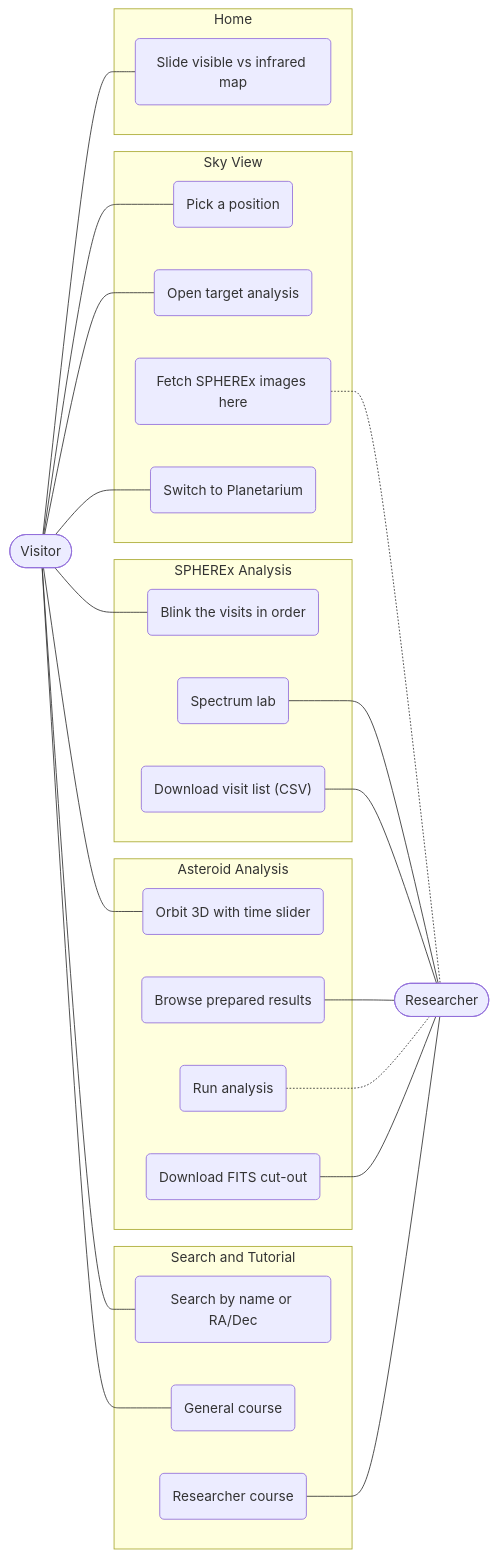
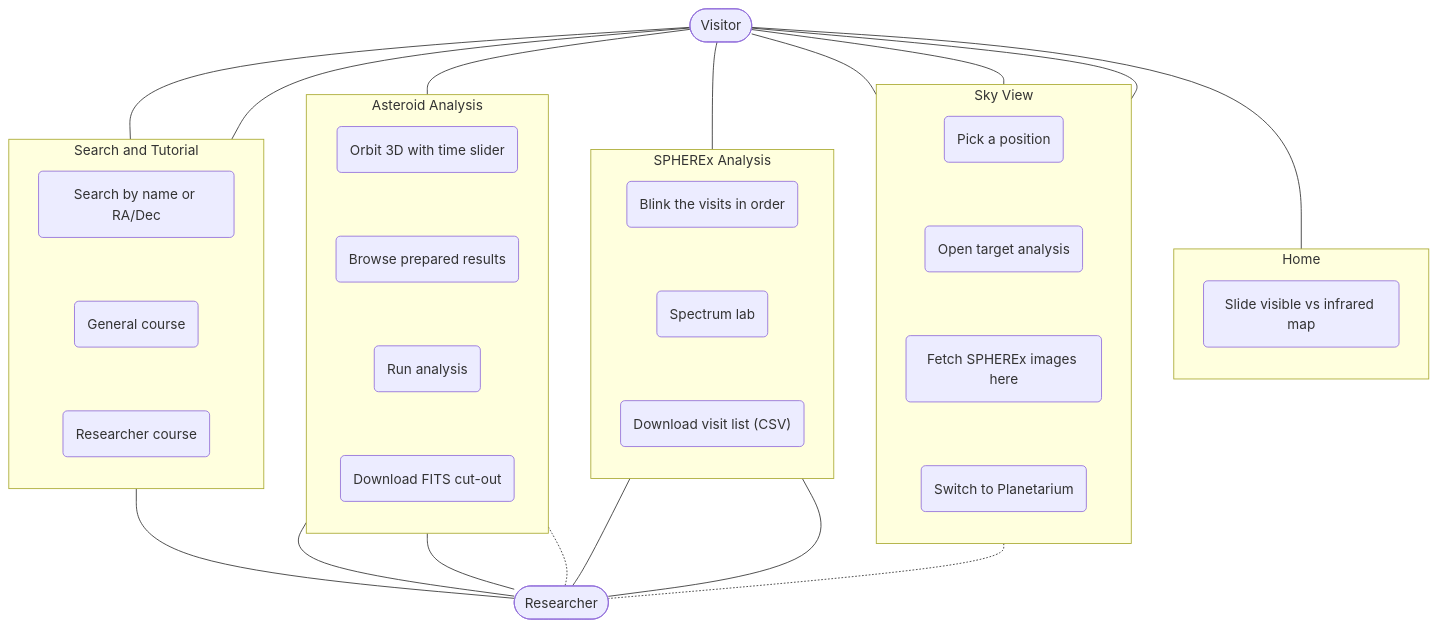
Before and after one commit to sel00000/ApogeeX: the first of 5 diagrams in README.md, drawn with Mermaid. The commit also changed other lines of this file and 2 other files, not shown here.

Commit message:
README: new Orbit 3D picture; use-case diagram laid out top to bottom

````diff
--- a/README.md
+++ b/README.md
@@ -106,45 +106,54 @@
 ```mermaid
-flowchart LR
+flowchart TB
   V(["Visitor"])
-  R(["Researcher"])
   subgraph Home
+    direction TB
     H1("Slide visible vs infrared map")
   end
   subgraph Sky["Sky View"]
+    direction TB
     S1("Pick a position")
     S2("Open target analysis")
     S3("Fetch SPHEREx images here")
     S4("Switch to Planetarium")
+    S1 ~~~ S2 ~~~ S3 ~~~ S4
   end
   subgraph SA["SPHEREx Analysis"]
+    direction TB
     A1("Blink the visits in order")
     A2("Spectrum lab")
     A3("Download visit list (CSV)")
+    A1 ~~~ A2 ~~~ A3
   end
   subgraph AA["Asteroid Analysis"]
+    direction TB
     B1("Orbit 3D with time slider")
     B2("Browse prepared results")
     B3("Run analysis")
     B4("Download FITS cut-out")
+    B1 ~~~ B2 ~~~ B3 ~~~ B4
   end
   subgraph ST["Search and Tutorial"]
+    direction TB
     T1("Search by name or RA/Dec")
     T2("General course")
     T3("Researcher course")
+    T1 ~~~ T2 ~~~ T3
   end
+  R(["Researcher"])
   V --- H1
   V --- S1
   V --- S2
   V --- S4
   V --- A1
   V --- B1
   V --- T1
   V --- T2
   A2 --- R
   A3 --- R
   B2 --- R
   B4 --- R
   T3 --- R
   S3 -.- R
   B3 -.- R
 ```
````
